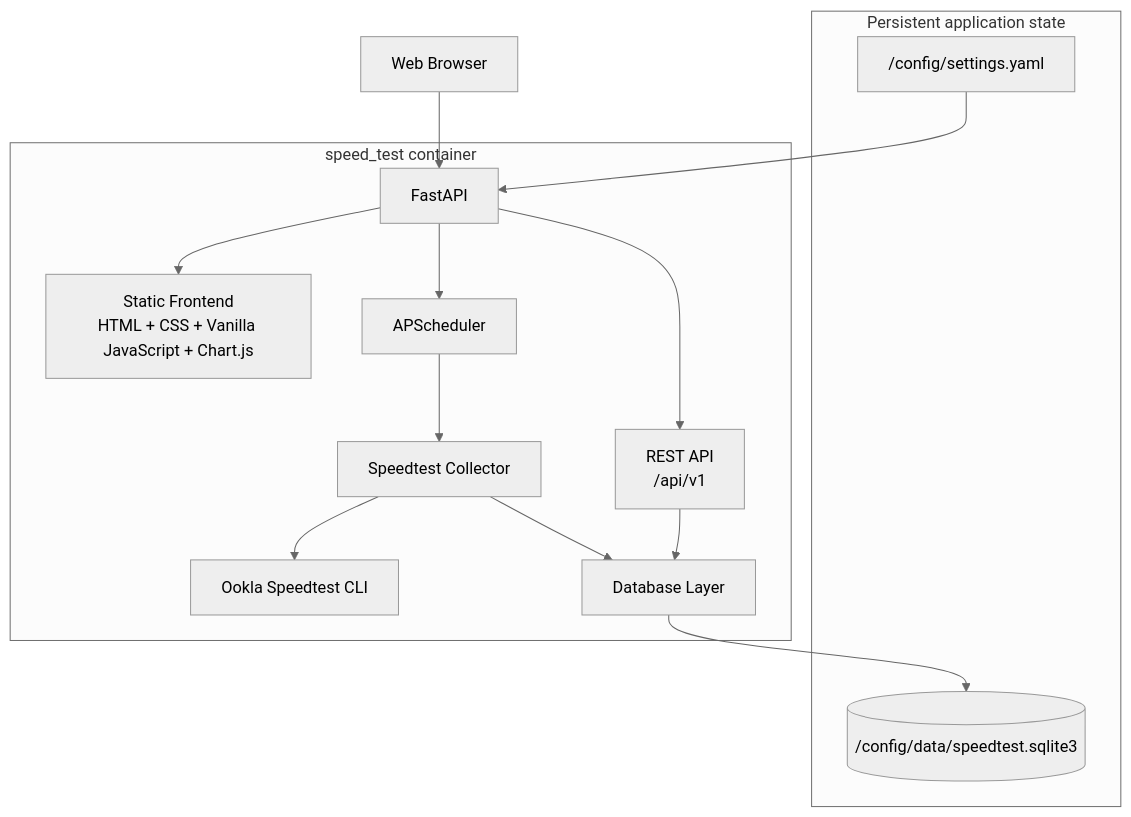
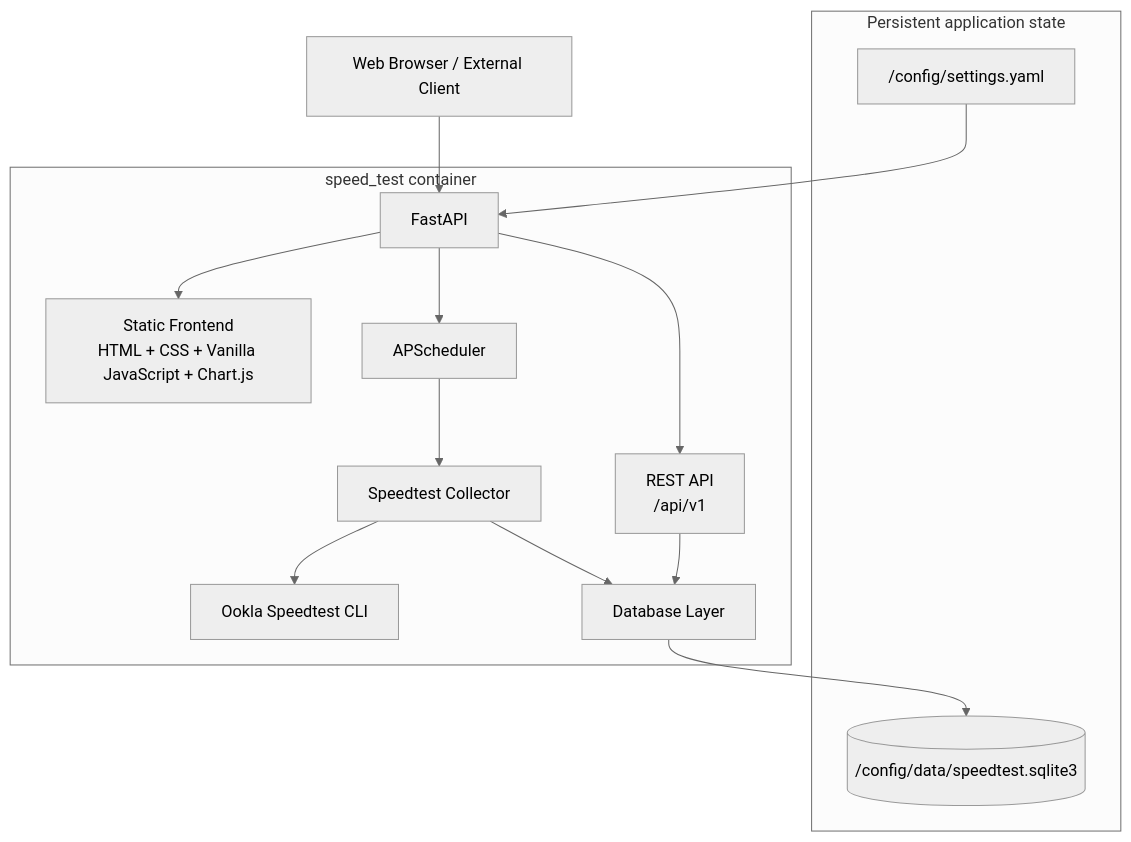
The second of 2 diagrams in README.md (cristianCanek/speed_test), drawn with Mermaid (neutral theme) before and after one commit. The commit also changed other lines of this file and 6 other files, not shown here.

````diff
--- a/README.md
+++ b/README.md
@@ -217,31 +214,31 @@
 ```mermaid
 flowchart TB
     subgraph PersistentState["Persistent application state"]
         Config["/config/settings.yaml"]
         SQLite[("/config/data/speedtest.sqlite3")]
     end
 
     subgraph Container["speed_test container"]
         FastAPI["FastAPI"]
         Frontend["Static Frontend<br/>HTML + CSS + Vanilla JavaScript + Chart.js"]
         API["REST API<br/>/api/v1"]
         Scheduler["APScheduler"]
         Collector["Speedtest Collector"]
         Ookla["Ookla Speedtest CLI"]
         Database["Database Layer"]
 
         FastAPI --> Frontend
         FastAPI --> API
         FastAPI --> Scheduler
         Scheduler --> Collector
         Collector --> Ookla
         Collector --> Database
         API --> Database
     end
 
-    Browser["Web Browser"]
+    Browser["Web Browser / External Client"]
 
     Browser --> FastAPI
     Database --> SQLite
     Config --> FastAPI
 ```
````
